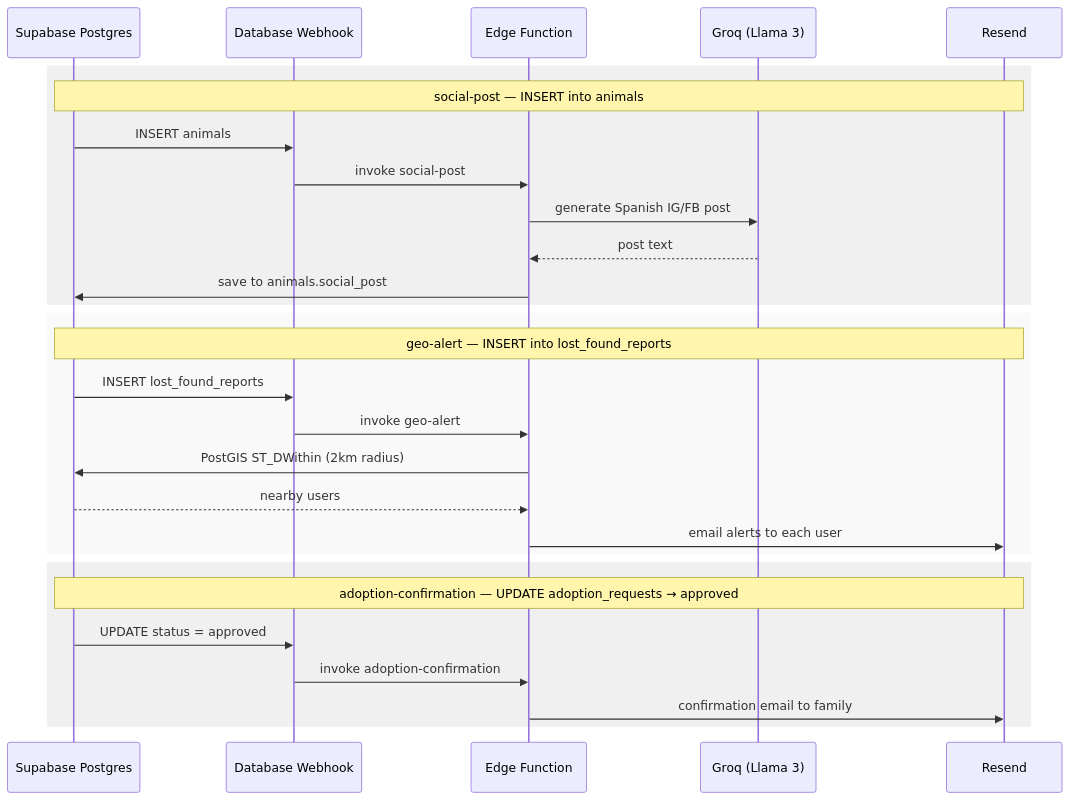
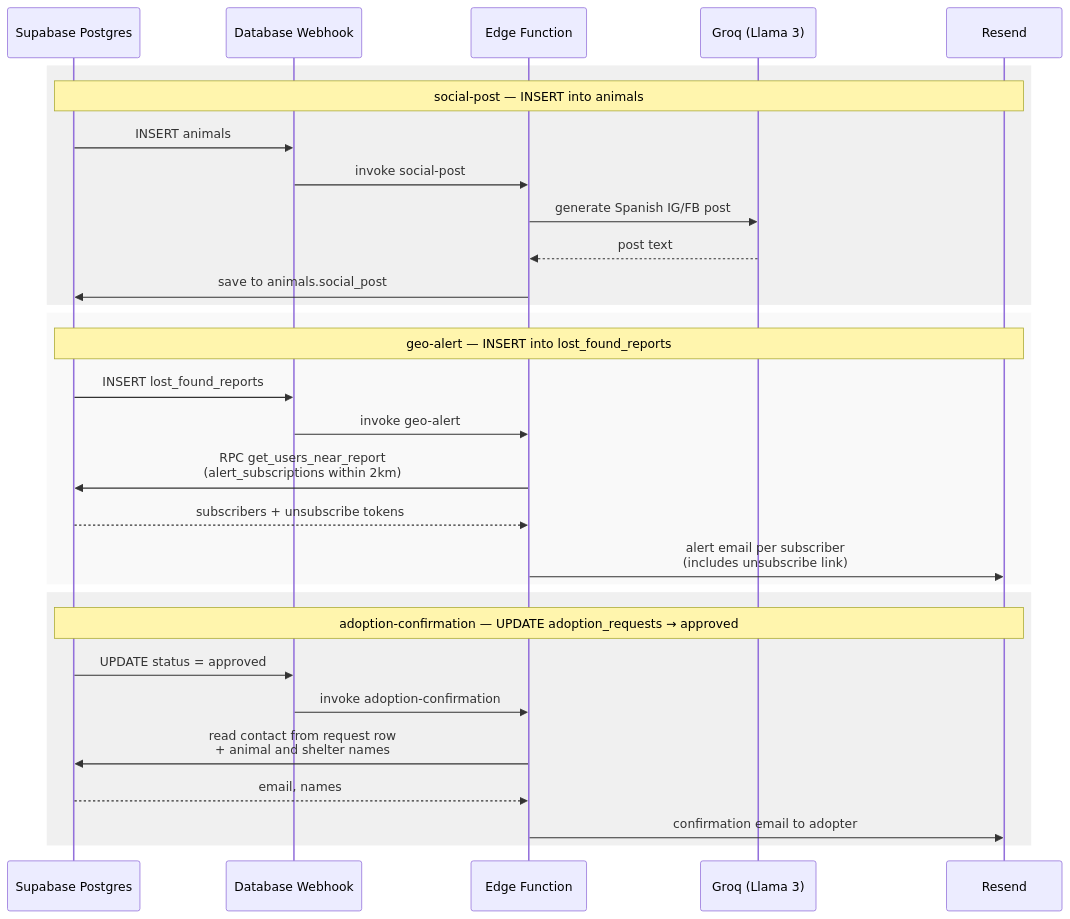
The sixth of 6 diagrams in docs/architecture.md (gamp92/pawlink), drawn with Mermaid before and after one commit. The commit also changed other lines of this file, not shown here.

First line of the commit message:
Add feature → endpoint → table map; sync diagrams with no-account update

````diff
--- a/docs/architecture.md
+++ b/docs/architecture.md
@@ -133,33 +246,35 @@
 ```mermaid
 sequenceDiagram
     participant DB as Supabase Postgres
     participant WH as Database Webhook
     participant EF as Edge Function
     participant Groq as Groq (Llama 3)
     participant Resend as Resend
 
     rect rgba(128, 128, 128, 0.12)
         Note over DB,Resend: social-post — INSERT into animals
         DB->>WH: INSERT animals
         WH->>EF: invoke social-post
         EF->>Groq: generate Spanish IG/FB post
         Groq-->>EF: post text
         EF->>DB: save to animals.social_post
     end
 
     rect rgba(128, 128, 128, 0.05)
         Note over DB,Resend: geo-alert — INSERT into lost_found_reports
         DB->>WH: INSERT lost_found_reports
         WH->>EF: invoke geo-alert
-        EF->>DB: PostGIS ST_DWithin (2km radius)
-        DB-->>EF: nearby users
-        EF->>Resend: email alerts to each user
+        EF->>DB: RPC get_users_near_report<br/>(alert_subscriptions within 2km)
+        DB-->>EF: subscribers + unsubscribe tokens
+        EF->>Resend: alert email per subscriber<br/>(includes unsubscribe link)
     end
 
     rect rgba(128, 128, 128, 0.12)
         Note over DB,Resend: adoption-confirmation — UPDATE adoption_requests → approved
         DB->>WH: UPDATE status = approved
         WH->>EF: invoke adoption-confirmation
-        EF->>Resend: confirmation email to family
+        EF->>DB: read contact from request row<br/>+ animal and shelter names
+        DB-->>EF: email, names
+        EF->>Resend: confirmation email to adopter
     end
 ```
````
